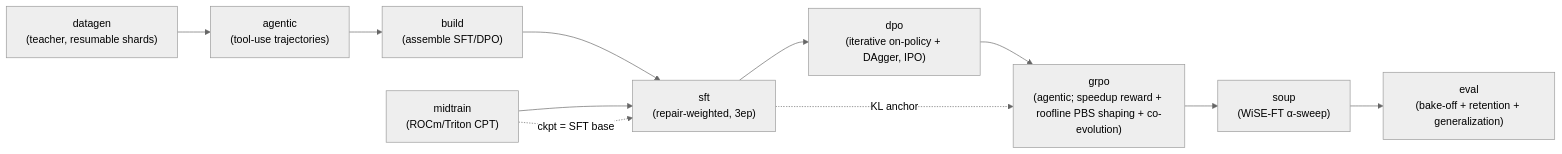
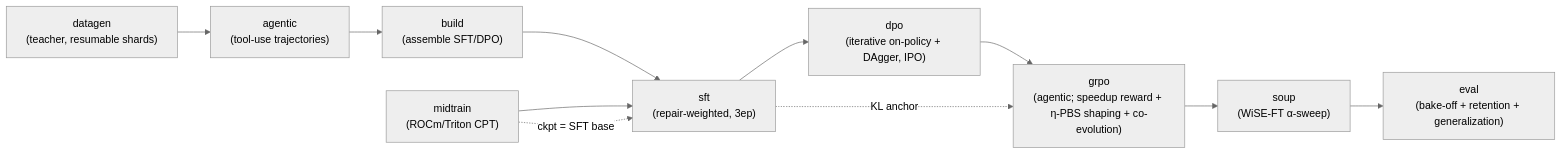
One commit to amd-shasriva/KORE changed the second of 2 diagrams in README.md. Above: the diagram before and after it, drawn with Mermaid (neutral theme). The commit also changed other lines of this file and 58 other files, not shown here.

````diff
--- a/README.md
+++ b/README.md
@@ -183,13 +230,13 @@
 ```mermaid
 flowchart LR
   DG["datagen<br/>(teacher, resumable shards)"] --> AG["agentic<br/>(tool-use trajectories)"]
   AG --> BU["build<br/>(assemble SFT/DPO)"]
   MT["midtrain<br/>(ROCm/Triton CPT)"] --> SFT["sft<br/>(repair-weighted, 3ep)"]
   BU --> SFT
   SFT --> DPO["dpo<br/>(iterative on-policy + DAgger, IPO)"]
-  DPO --> GRPO["grpo<br/>(agentic; speedup reward + roofline PBS shaping + co-evolution)"]
+  DPO --> GRPO["grpo<br/>(agentic; speedup reward + η-PBS shaping + co-evolution)"]
   GRPO --> SP["soup<br/>(WiSE-FT α-sweep)"]
   SP --> EV["eval<br/>(bake-off + retention + generalization)"]
   MT -. "ckpt = SFT base" .-> SFT
   SFT -. "KL anchor" .-> GRPO
 ```
````
